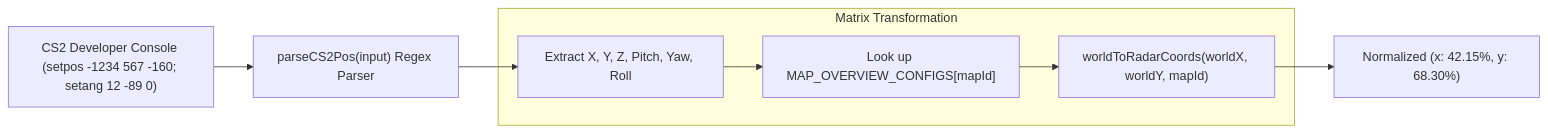
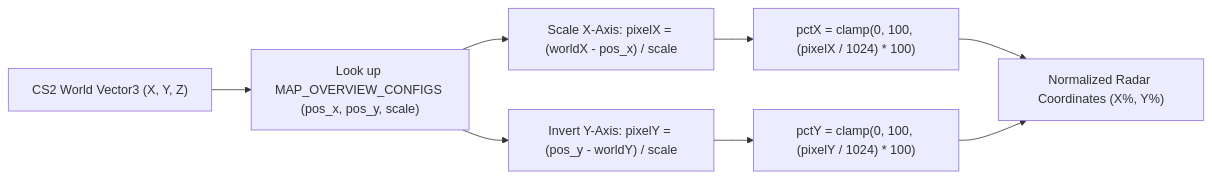
Before and after one commit to IAndrexI/documentation: the diagram in docs/code/cs2nades/coordinate-mapper-ts.md, drawn with Mermaid. The commit also changed other lines of this file and 40 other files, not shown here.

Commit message:
feat: hide git stars/branches, collapse subcategories until tab selected, add high-res architecture SVG, auto-update script, basic monochrome glyphs, and line-by-line recreation blueprints with summaries

````diff
--- a/docs/code/cs2nades/coordinate-mapper-ts.md
+++ b/docs/code/cs2nades/coordinate-mapper-ts.md
@@ -25,12 +32,12 @@
-```mermaid
-graph LR
-    ConsoleOutput["CS2 Developer Console (setpos -1234 567 -160; setang 12 -89 0)"] --> Parser["parseCS2Pos(input) Regex Parser"]
-    Parser --> CleanCoords["Extract X, Y, Z, Pitch, Yaw, Roll"]
-    
-    subgraph Transform["Matrix Transformation"]
-        CleanCoords --> Calibration["Look up MAP_OVERVIEW_CONFIGS[mapId]"]
-        Calibration --> WorldToRadar["worldToRadarCoords(worldX, worldY, mapId)"]
-    end
-
-    WorldToRadar --> RadarOutput["Normalized (x: 42.15%, y: 68.30%)"]
-```
+    ```mermaid
+    graph LR
+        WorldCoords["CS2 World Vector3 (X, Y, Z)"] --> MatrixLookup["Look up MAP_OVERVIEW_CONFIGS (pos_x, pos_y, scale)"]
+        MatrixLookup --> InvertY["Invert Y-Axis: pixelY = (pos_y - worldY) / scale"]
+        MatrixLookup --> ScaleX["Scale X-Axis: pixelX = (worldX - pos_x) / scale"]
+        
+        InvertY --> NormalizeY["pctY = clamp(0, 100, (pixelY / 1024) * 100)"]
+        ScaleX --> NormalizeX["pctX = clamp(0, 100, (pixelX / 1024) * 100)"]
+        
+        NormalizeX --> RadarCoords["Normalized Radar Coordinates (X%, Y%)"]
+        NormalizeY --> RadarCoords
+    ```
````
